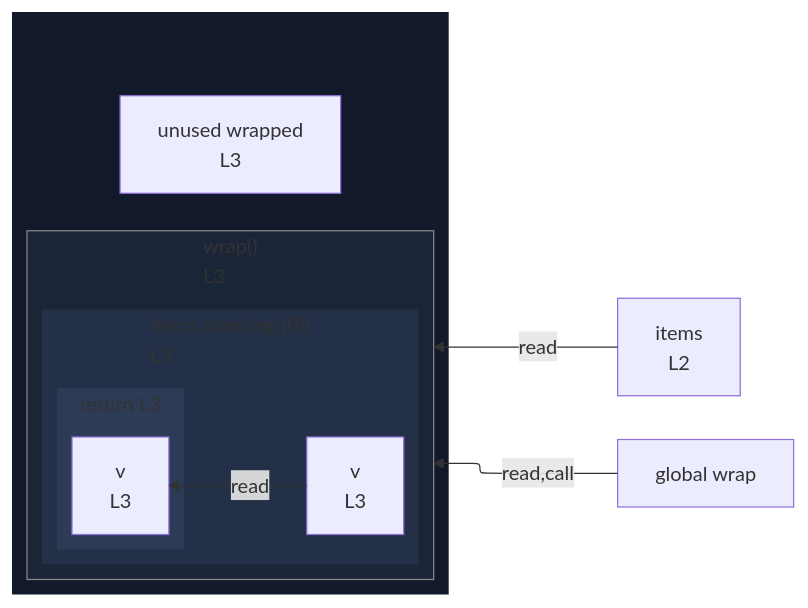
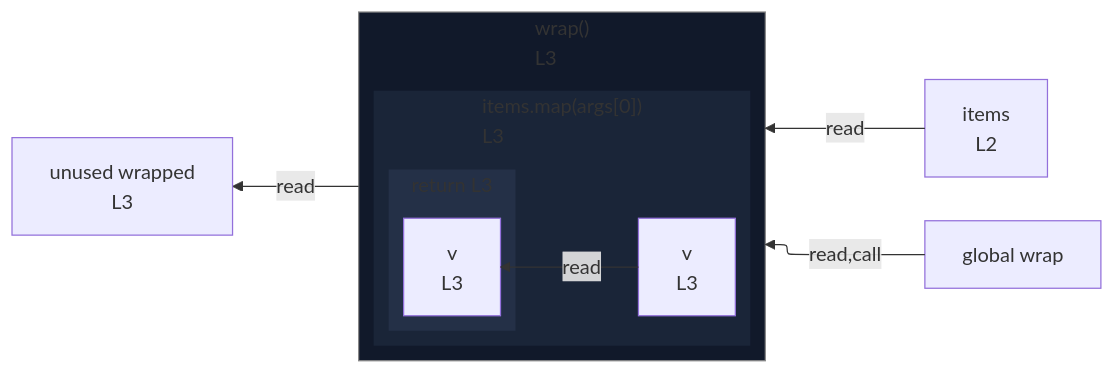
Before and after one commit to crescware/unsnarl: the diagram in integration/fixtures/callback/nested-in-argument/preview.md, drawn with Mermaid. The commit also changed 105 other files, not shown here.

````diff
--- a/integration/fixtures/callback/nested-in-argument/preview.md
+++ b/integration/fixtures/callback/nested-in-argument/preview.md
@@ -13,34 +13,30 @@
 ```mermaid
 %%{init: {"flowchart": {"defaultRenderer": "elk"}}}%%
 flowchart RL
   n_scope_0_items_53["items<br/>L2"]
+  n_scope_0_wrapped_78["unused wrapped<br/>L3"]
   n_scope_0_wrap_88["global wrap"]
-  subgraph wrap_call_proxy_88[" "]
-    direction TB
-    n_scope_0_wrapped_78["unused wrapped<br/>L3"]
-    subgraph call_proxy_88["wrap()<br/>L3"]
+  subgraph call_proxy_88["wrap()<br/>L3"]
+    direction RL
+    subgraph s_scope_1["items.map(args[0])<br/>L3"]
       direction RL
-      subgraph s_scope_1["items.map(args[0])<br/>L3"]
+      n_scope_1_v_104["v<br/>L3"]
+      subgraph s_return_scope_1_110_115["return L3"]
         direction RL
-        n_scope_1_v_104["v<br/>L3"]
-        subgraph s_return_scope_1_110_115["return L3"]
-          direction RL
-          ret_use_ref_4["v<br/>L3"]
-        end
+        ret_use_ref_4["v<br/>L3"]
       end
     end
   end
+  call_proxy_88 -->|read| n_scope_0_wrapped_78
   n_scope_0_wrap_88 -->|read,call| call_proxy_88
   n_scope_0_items_53 -->|read| call_proxy_88
   n_scope_1_v_104 -->|read| ret_use_ref_4
   classDef nestL1 fill:#11192a,stroke:transparent;
-  class wrap_call_proxy_88 nestL1;
+  class call_proxy_88 nestL1;
   classDef nestL2 fill:#1a2538,stroke:transparent;
-  class call_proxy_88 nestL2;
+  class s_scope_1 nestL2;
   classDef nestL3 fill:#243047,stroke:transparent;
-  class s_scope_1 nestL3;
-  classDef nestL4 fill:#2d3b57,stroke:transparent;
-  class s_return_scope_1_110_115 nestL4;
+  class s_return_scope_1_110_115 nestL3;
   classDef edgeTargetSubgraph stroke:#888;
   class call_proxy_88 edgeTargetSubgraph;
 ```
````
